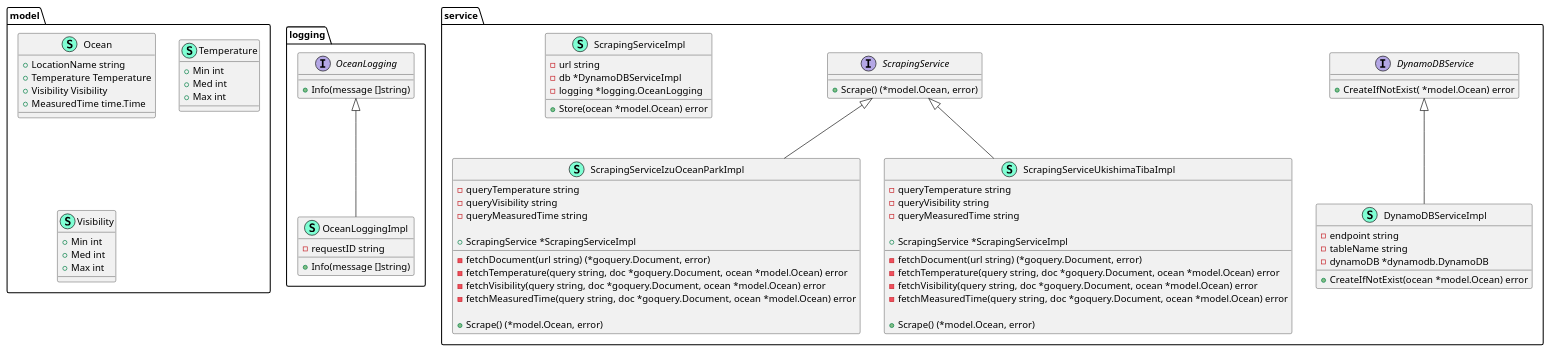
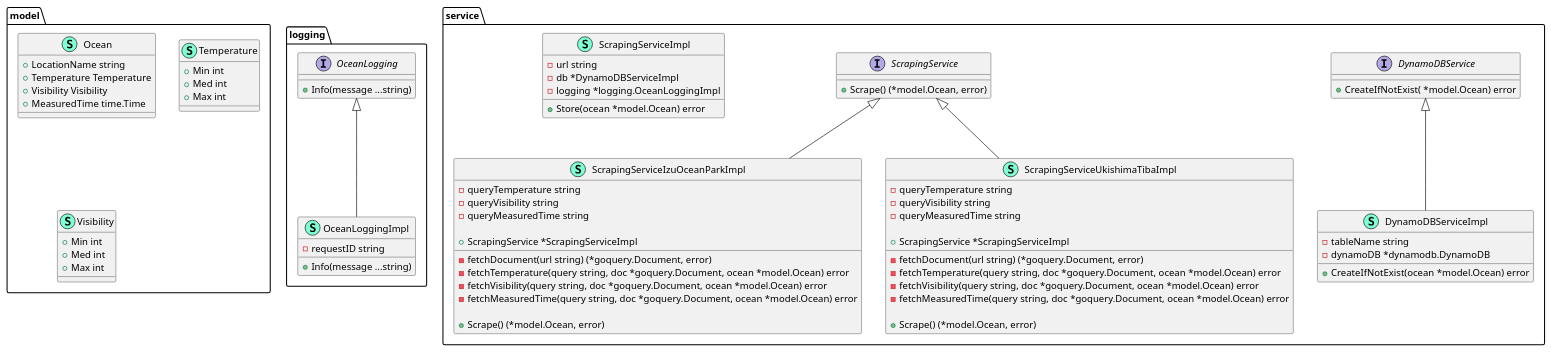
Before and after one commit to t29mato/divers-ocean-map: the diagram in docs/class.puml, drawn with PlantUML.

Commit message:
docs: update class diagram

```diff
--- a/docs/class.puml
+++ b/docs/class.puml
@@ -1,101 +1,100 @@
 @startuml
 namespace logging {
     interface OceanLogging  {
-        + Info(message []string) 
+        + Info(message ...string) 
 
     }
     class OceanLoggingImpl << (S,Aquamarine) >> {
         - requestID string
 
-        + Info(message []string) 
+        + Info(message ...string) 
 
     }
 }
 
 "logging.OceanLogging" <|-- "logging.OceanLoggingImpl"
 
 namespace model {
     class Ocean << (S,Aquamarine) >> {
         + LocationName string
         + Temperature Temperature
         + Visibility Visibility
         + MeasuredTime time.Time
 
     }
     class Temperature << (S,Aquamarine) >> {
         + Min int
         + Med int
         + Max int
 
     }
     class Visibility << (S,Aquamarine) >> {
         + Min int
         + Med int
         + Max int
 
     }
 }
 
 
 namespace service {
     interface DynamoDBService  {
         + CreateIfNotExist( *model.Ocean) error
 
     }
     class DynamoDBServiceImpl << (S,Aquamarine) >> {
-        - endpoint string
         - tableName string
         - dynamoDB *dynamodb.DynamoDB
 
         + CreateIfNotExist(ocean *model.Ocean) error
 
     }
     interface ScrapingService  {
         + Scrape() (*model.Ocean, error)
 
     }
     class ScrapingServiceImpl << (S,Aquamarine) >> {
         - url string
         - db *DynamoDBServiceImpl
-        - logging *logging.OceanLogging
+        - logging *logging.OceanLoggingImpl
 
         + Store(ocean *model.Ocean) error
 
     }
     class ScrapingServiceIzuOceanParkImpl << (S,Aquamarine) >> {
         - queryTemperature string
         - queryVisibility string
         - queryMeasuredTime string
 
         + ScrapingService *ScrapingServiceImpl
 
         - fetchDocument(url string) (*goquery.Document, error)
         - fetchTemperature(query string, doc *goquery.Document, ocean *model.Ocean) error
         - fetchVisibility(query string, doc *goquery.Document, ocean *model.Ocean) error
         - fetchMeasuredTime(query string, doc *goquery.Document, ocean *model.Ocean) error
 
         + Scrape() (*model.Ocean, error)
 
     }
     class ScrapingServiceUkishimaTibaImpl << (S,Aquamarine) >> {
         - queryTemperature string
         - queryVisibility string
         - queryMeasuredTime string
 
         + ScrapingService *ScrapingServiceImpl
 
         - fetchDocument(url string) (*goquery.Document, error)
         - fetchTemperature(query string, doc *goquery.Document, ocean *model.Ocean) error
         - fetchVisibility(query string, doc *goquery.Document, ocean *model.Ocean) error
         - fetchMeasuredTime(query string, doc *goquery.Document, ocean *model.Ocean) error
 
         + Scrape() (*model.Ocean, error)
 
     }
 }
 
 "service.DynamoDBService" <|-- "service.DynamoDBServiceImpl"
 "service.ScrapingService" <|-- "service.ScrapingServiceIzuOceanParkImpl"
 "service.ScrapingService" <|-- "service.ScrapingServiceUkishimaTibaImpl"
 
 @enduml
```
